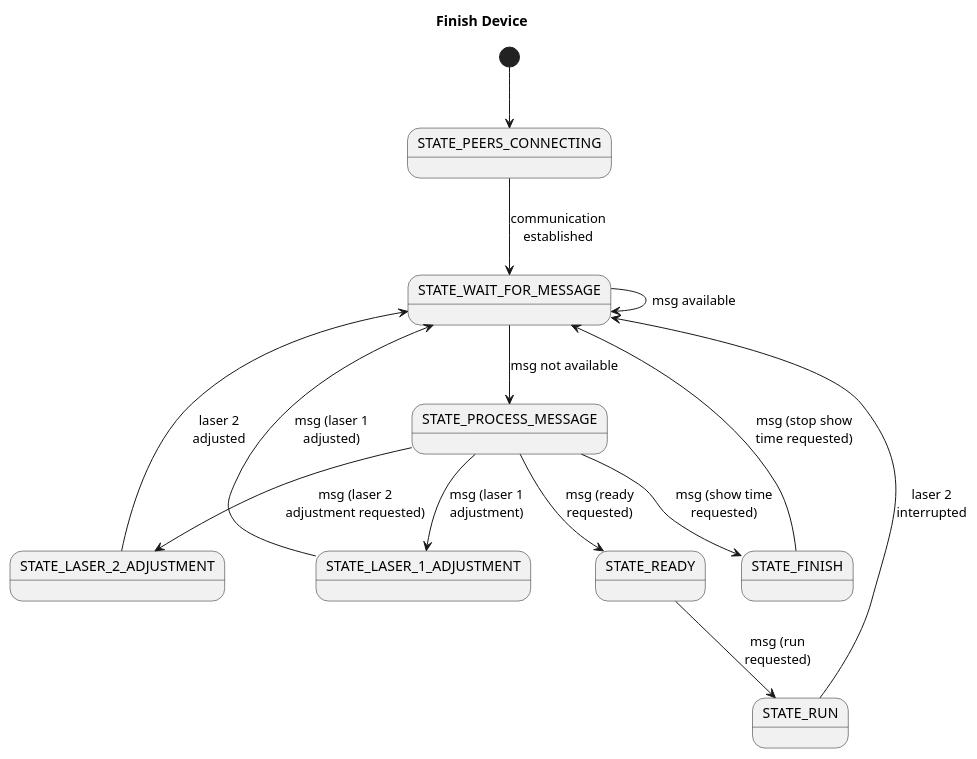
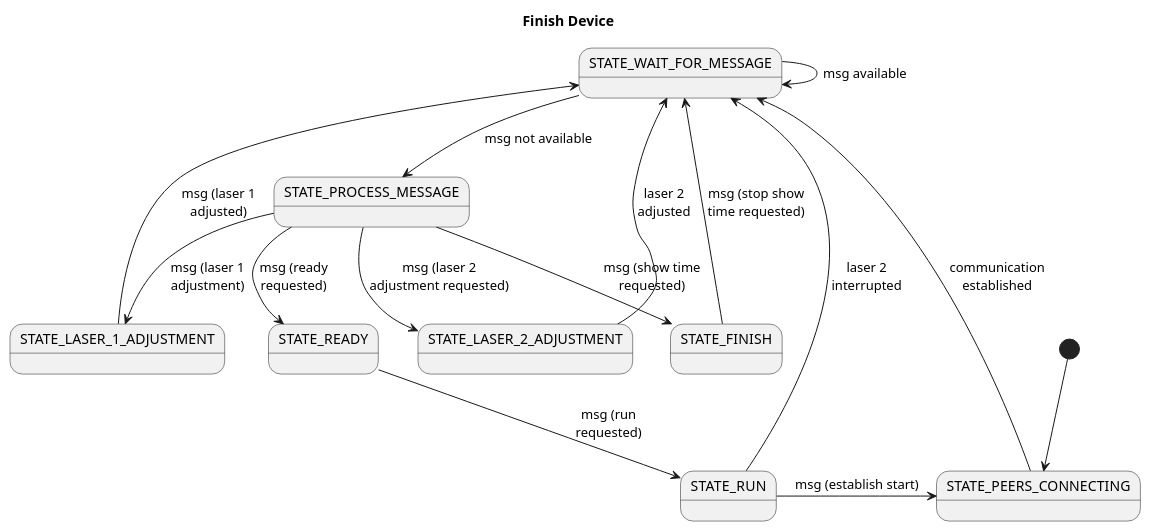
The diagram in doc/uml/state_diagram_finish.plantuml (bardolf/fatrug), drawn with PlantUML before and after one commit. The commit also changed 4 other files, not shown here.

```diff
--- a/doc/uml/state_diagram_finish.plantuml
+++ b/doc/uml/state_diagram_finish.plantuml
@@ -1,27 +1,28 @@
 @startuml
 
 title Finish Device
 
 state "STATE_PEERS_CONNECTING" as connection
 state "STATE_WAIT_FOR_MESSAGE" as wait
 state "STATE_LASER_1_ADJUSTMENT" as laser1
 state "STATE_LASER_2_ADJUSTMENT" as laser2
 state "STATE_READY" as ready
 state "STATE_RUN" as run
 state "STATE_FINISH" as finish
 state "STATE_PROCESS_MESSAGE" as process
 
 [*] --> connection
 connection --> wait : communication\nestablished
 wait --> process : msg not available
 wait -> wait : msg available
 process --> laser1 : msg (laser 1\nadjustment)
 laser1 -> wait : msg (laser 1\nadjusted)
 process --> laser2 : msg (laser 2\nadjustment requested)
 laser2 -> wait : laser 2\nadjusted
 process --> ready : msg (ready\nrequested)
 ready --> run : msg (run\nrequested)
 run -> wait : laser 2\ninterrupted
+run -> connection : msg (establish start)
 process --> finish : msg (show time\nrequested)
 finish -> wait : msg (stop show\ntime requested)
 @enduml
```
